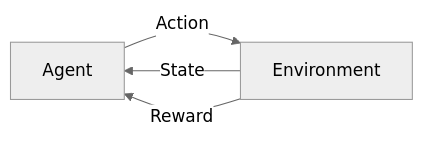
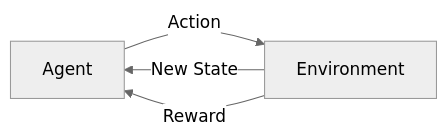
The seventh of 9 diagrams in written-answers/ai-and-ml.md (daihan054/Govt-it-question-bank-last-16-years-compact-it), drawn with Mermaid (neutral theme) before and after one commit. The commit also changed other lines of this file and 1 other file, not shown here.

````diff
--- a/written-answers/ai-and-ml.md
+++ b/written-answers/ai-and-ml.md
@@ -818,6 +824,6 @@
    ```mermaid
    graph LR
        AG[Agent] -->|Action| ENV[Environment]
-       ENV -->|State| AG
+       ENV -->|New State| AG
        ENV -->|Reward| AG
    ```
````
